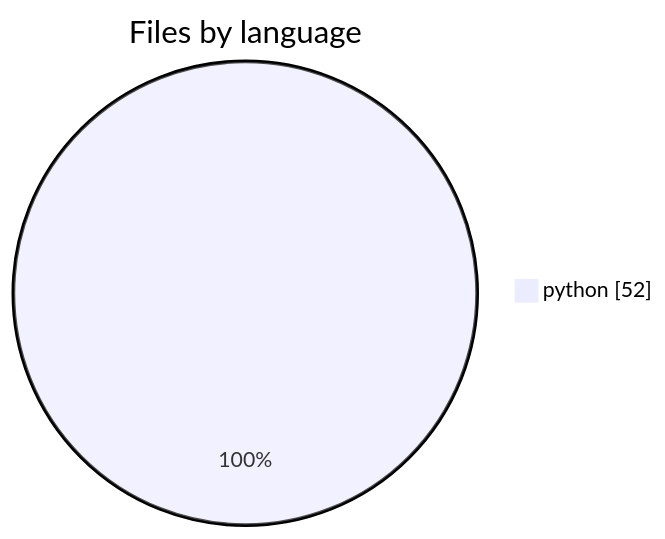
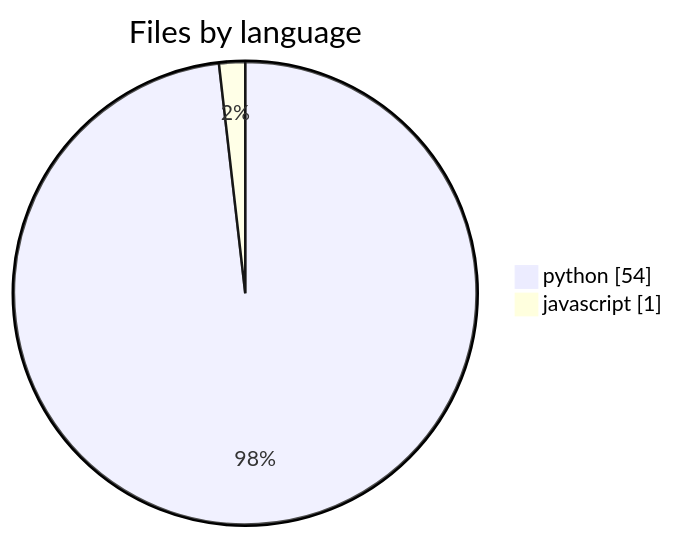
Before and after one commit to wolframs/jspace-probes: the fourth of 6 diagrams in .mentis/context/architecture.md, drawn with Mermaid. The commit also changed other lines of this file and 366 other files, not shown here.

````diff
--- a/.mentis/context/architecture.md
+++ b/.mentis/context/architecture.md
@@ -38,4 +38,5 @@
 ```mermaid
 pie showData title Files by language
-    "python" : 52
+    "python" : 54
+    "javascript" : 1
 ```
````
